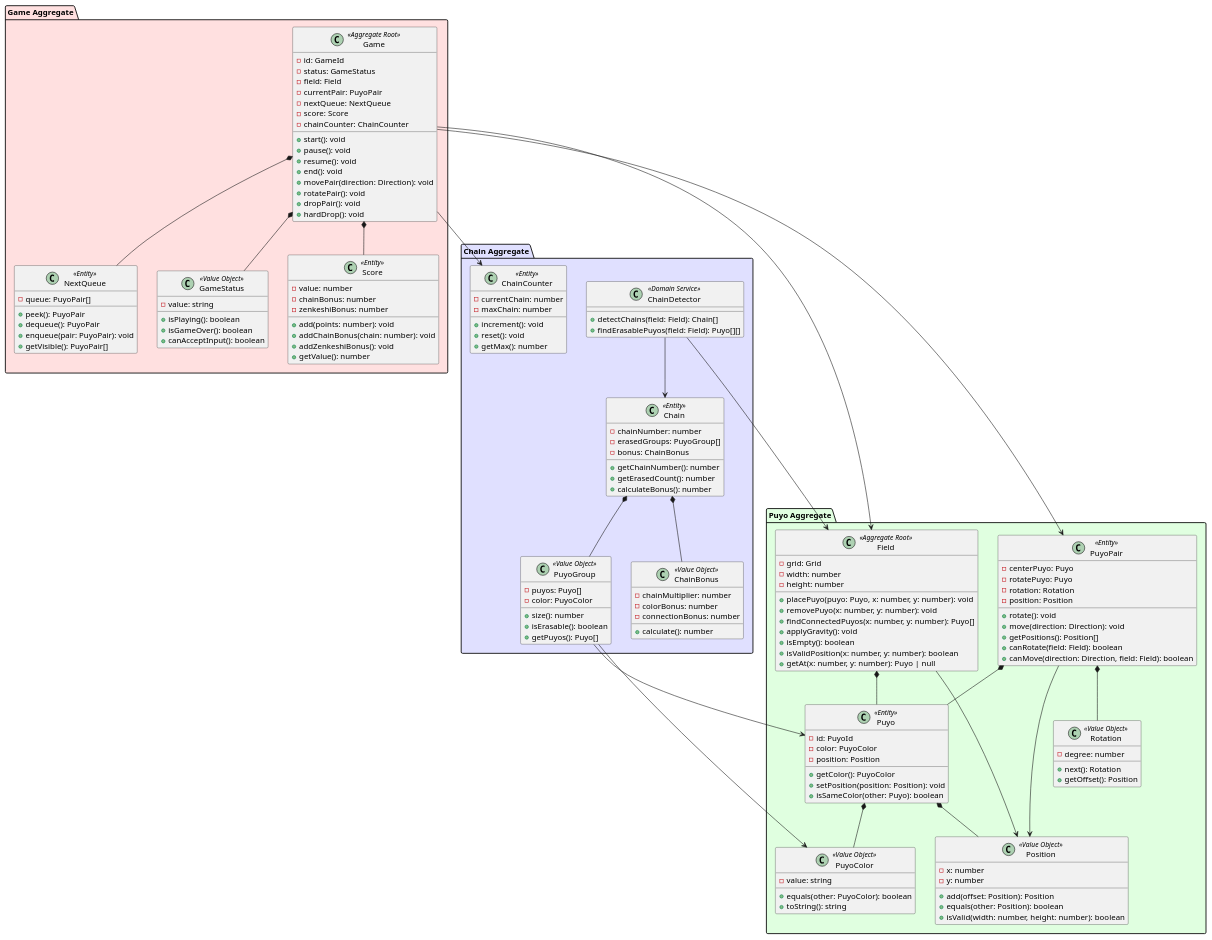
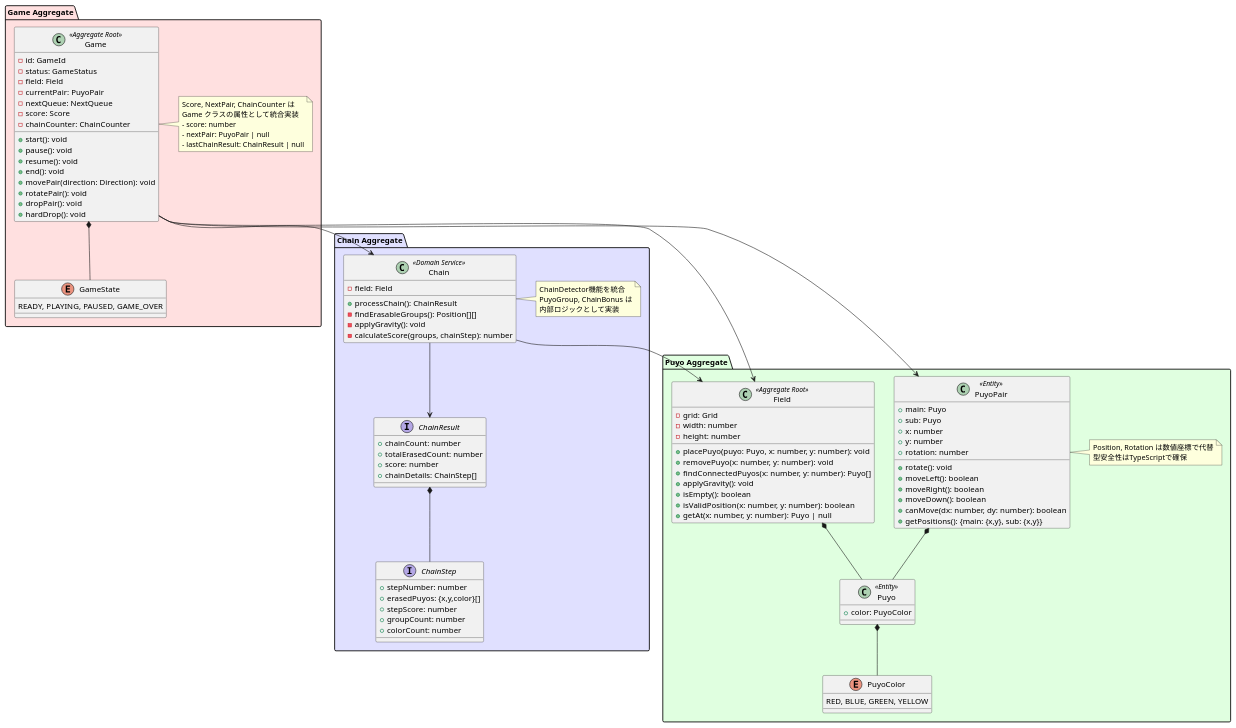
Before and after one commit to k2works/case-study-game-dev: the diagram in docs/design/ドメインモデル.md, drawn with PlantUML. The commit also changed other lines of this file and 1 other file, not shown here.

````diff
--- a/docs/design/ドメインモデル.md
+++ b/docs/design/ドメインモデル.md
@@ -29,30 +29,17 @@
     + hardDrop(): void
   }
   
-  class GameStatus <<Value Object>> {
-    - value: string
-    + isPlaying(): boolean
-    + isGameOver(): boolean
-    + canAcceptInput(): boolean
+  enum GameState {
+    READY, PLAYING, PAUSED, GAME_OVER
   }
   
-  class Score <<Entity>> {
-    - value: number
-    - chainBonus: number
-    - zenkeshiBonus: number
-    + add(points: number): void
-    + addChainBonus(chain: number): void
-    + addZenkeshiBonus(): void
-    + getValue(): number
-  }
-  
-  class NextQueue <<Entity>> {
-    - queue: PuyoPair[]
-    + peek(): PuyoPair
-    + dequeue(): PuyoPair
-    + enqueue(pair: PuyoPair): void
-    + getVisible(): PuyoPair[]
-  }
+  note right of Game
+    Score, NextPair, ChainCounter は
+    Game クラスの属性として統合実装
+    - score: number
+    - nextPair: PuyoPair | null
+    - lastChainResult: ChainResult | null
+  end note
 }
 
 package "Puyo Aggregate" #E0FFE0 {
@@ -70,112 +57,79 @@
   }
   
   class Puyo <<Entity>> {
-    - id: PuyoId
-    - color: PuyoColor
-    - position: Position
-    + getColor(): PuyoColor
-    + setPosition(position: Position): void
-    + isSameColor(other: Puyo): boolean
+    + color: PuyoColor
   }
   
   class PuyoPair <<Entity>> {
-    - centerPuyo: Puyo
-    - rotatePuyo: Puyo
-    - rotation: Rotation
-    - position: Position
+    + main: Puyo
+    + sub: Puyo
+    + x: number
+    + y: number
+    + rotation: number
     + rotate(): void
-    + move(direction: Direction): void
-    + getPositions(): Position[]
-    + canRotate(field: Field): boolean
-    + canMove(direction: Direction, field: Field): boolean
+    + moveLeft(): boolean
+    + moveRight(): boolean
+    + moveDown(): boolean
+    + canMove(dx: number, dy: number): boolean
+    + getPositions(): {main: {x,y}, sub: {x,y}}
   }
   
-  class PuyoColor <<Value Object>> {
-    - value: string
-    + equals(other: PuyoColor): boolean
-    + toString(): string
+  enum PuyoColor {
+    RED, BLUE, GREEN, YELLOW
   }
   
-  class Position <<Value Object>> {
-    - x: number
-    - y: number
-    + add(offset: Position): Position
-    + equals(other: Position): boolean
-    + isValid(width: number, height: number): boolean
-  }
-  
-  class Rotation <<Value Object>> {
-    - degree: number
-    + next(): Rotation
-    + getOffset(): Position
-  }
+  note right of PuyoPair
+    Position, Rotation は数値座標で代替
+    型安全性はTypeScriptで確保
+  end note
 }
 
 package "Chain Aggregate" #E0E0FF {
-  class ChainDetector <<Domain Service>> {
-    + detectChains(field: Field): Chain[]
-    + findErasablePuyos(field: Field): Puyo[][]
+  class Chain <<Domain Service>> {
+    - field: Field
+    + processChain(): ChainResult
+    - findErasableGroups(): Position[][]
+    - applyGravity(): void
+    - calculateScore(groups, chainStep): number
   }
   
-  class Chain <<Entity>> {
-    - chainNumber: number
-    - erasedGroups: PuyoGroup[]
-    - bonus: ChainBonus
-    + getChainNumber(): number
-    + getErasedCount(): number
-    + calculateBonus(): number
+  interface ChainResult {
+    + chainCount: number
+    + totalErasedCount: number
+    + score: number
+    + chainDetails: ChainStep[]
   }
   
-  class PuyoGroup <<Value Object>> {
-    - puyos: Puyo[]
-    - color: PuyoColor
-    + size(): number
-    + isErasable(): boolean
-    + getPuyos(): Puyo[]
+  interface ChainStep {
+    + stepNumber: number
+    + erasedPuyos: {x,y,color}[]
+    + stepScore: number
+    + groupCount: number
+    + colorCount: number
   }
   
-  class ChainBonus <<Value Object>> {
-    - chainMultiplier: number
-    - colorBonus: number
-    - connectionBonus: number
-    + calculate(): number
-  }
-  
-  class ChainCounter <<Entity>> {
-    - currentChain: number
-    - maxChain: number
-    + increment(): void
-    + reset(): void
-    + getMax(): number
-  }
+  note right of Chain
+    ChainDetector機能を統合
+    PuyoGroup, ChainBonus は
+    内部ロジックとして実装
+  end note
 }
 
 ' 関係の定義
-Game *-- GameStatus
-Game *-- Score
-Game *-- NextQueue
+Game *-- GameState
 Game --> Field
 Game --> PuyoPair
-Game --> ChainCounter
+Game --> Chain
 
 Field *-- Puyo
-Field --> Position
 
 Puyo *-- PuyoColor
-Puyo *-- Position
 
 PuyoPair *-- Puyo
-PuyoPair *-- Rotation
-PuyoPair --> Position
 
-ChainDetector --> Field
-ChainDetector --> Chain
-
-Chain *-- PuyoGroup
-Chain *-- ChainBonus
-
-PuyoGroup --> Puyo
-PuyoGroup --> PuyoColor
+Chain --> Field
+Chain --> ChainResult
+ChainResult *-- ChainStep
 
 @enduml
 ```
````
